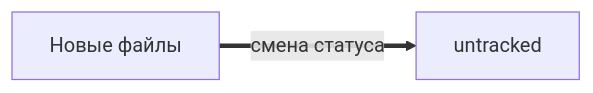
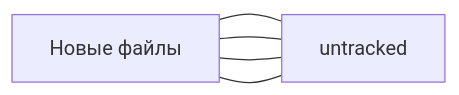
One commit to 01rbr/assistant-project changed the diagram in README.md. Above: the diagram before and after it, drawn with Mermaid.

Commit message:
Тест формата Mermaid

````diff
--- a/README.md
+++ b/README.md
@@ -85,4 +85,7 @@
 ```mermaid
 graph LR;
-  A[Новые файлы] == смена статуса ==> B[untracked];
+A[Новые файлы] --- B[untracked];
+ A[Новые файлы] --- B[untracked];
+  A[Новые файлы] --- B[untracked];
+   A[Новые файлы] --- B[untracked];
 ``` 
````
